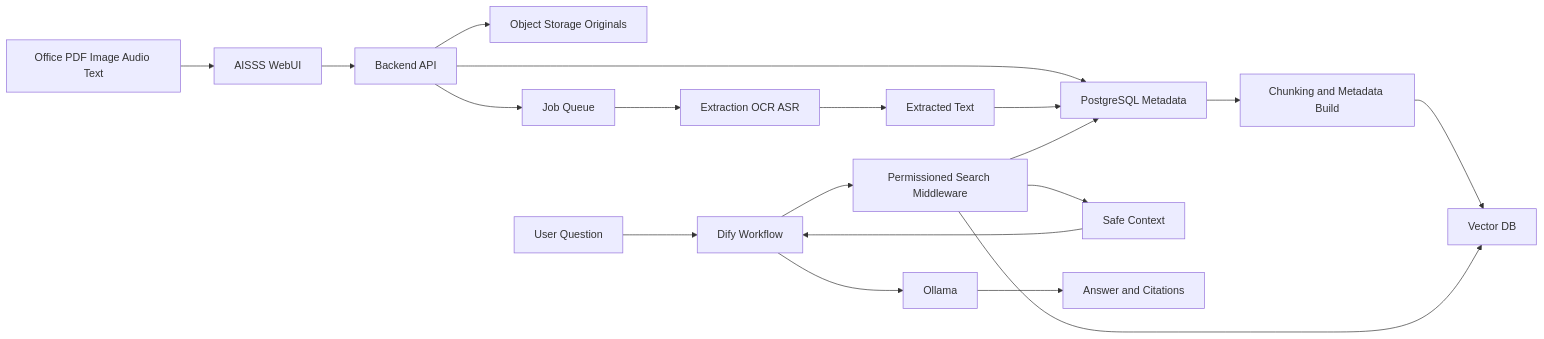
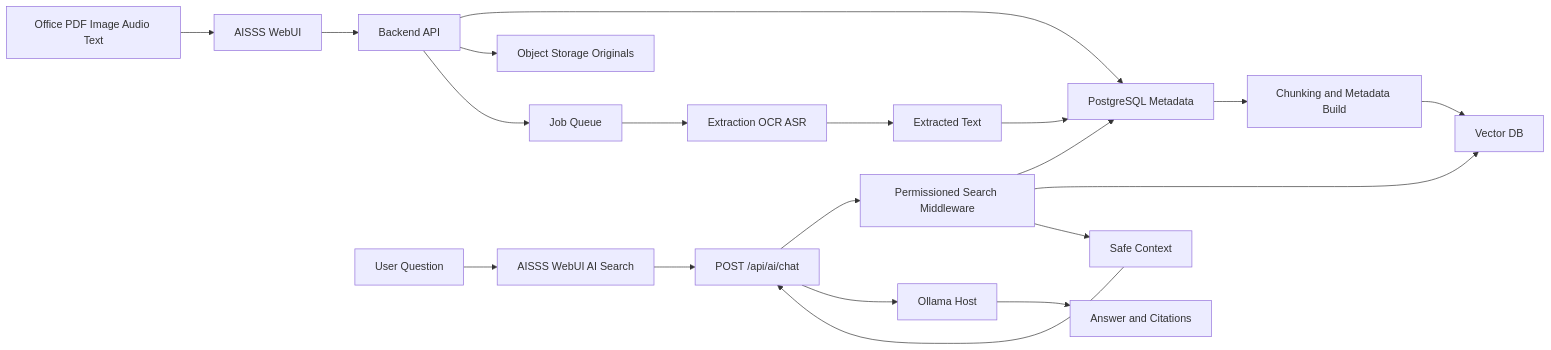
One commit to matrix9neonebuchadnezzar2199-sketch/Aisss changed the first of 4 diagrams in docs/04-data-flow.md. Above: the diagram before and after it, drawn with Mermaid. The commit also changed other lines of this file and 28 other files, not shown here.

First line of the commit message:
docs(arch): remove Dify and adopt native Ollama AISSS design

````diff
--- a/docs/04-data-flow.md
+++ b/docs/04-data-flow.md
@@ -5,21 +5,22 @@
 ```mermaid
 flowchart LR
   inputFiles["Office PDF Image Audio Text"] --> webui["AISSS WebUI"]
   webui --> backend["Backend API"]
   backend --> postgres["PostgreSQL Metadata"]
   backend --> storage["Object Storage Originals"]
   backend --> queue["Job Queue"]
   queue --> extraction["Extraction OCR ASR"]
   extraction --> extractedText["Extracted Text"]
   extractedText --> postgres
   postgres --> chunking["Chunking and Metadata Build"]
   chunking --> vectorDb["Vector DB"]
-  userQuestion["User Question"] --> dify["Dify Workflow"]
-  dify --> searchMw["Permissioned Search Middleware"]
+  userQuestion["User Question"] --> webuiChat["AISSS WebUI AI Search"]
+  webuiChat --> apiChat["POST /api/ai/chat"]
+  apiChat --> searchMw["Permissioned Search Middleware"]
   searchMw --> postgres
   searchMw --> vectorDb
   searchMw --> safeContext["Safe Context"]
-  safeContext --> dify
-  dify --> ollama["Ollama"]
+  safeContext --> apiChat
+  apiChat --> ollama["Ollama Host"]
   ollama --> answer["Answer and Citations"]
 ```
````
